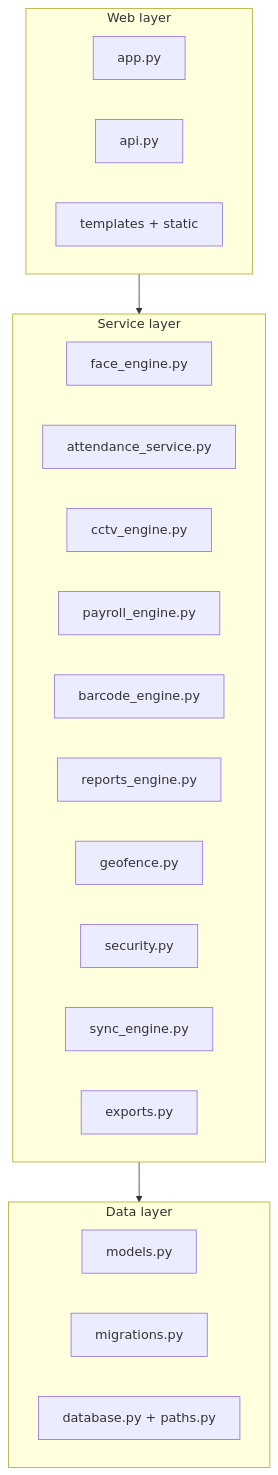
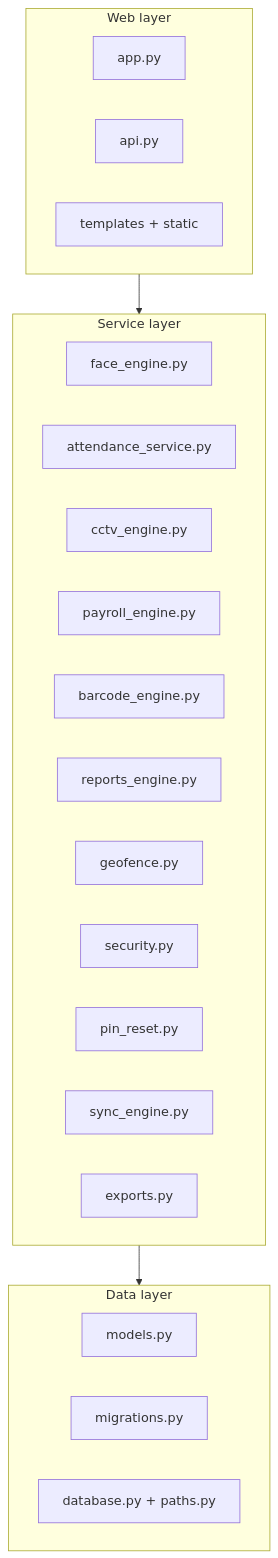
Before and after one commit to TBS5596/Farm-Worker-Management-System: the diagram in wiki/modules/README.md, drawn with Mermaid. The commit also changed other lines of this file and 19 other files, not shown here.

````diff
--- a/wiki/modules/README.md
+++ b/wiki/modules/README.md
@@ -13,26 +13,27 @@
 ```mermaid
 flowchart TB
     subgraph web["Web layer"]
         APP["app.py"]
         API["api.py"]
         FE_["templates + static"]
     end
     subgraph svc["Service layer"]
         FACE["face_engine.py"]
         ATT["attendance_service.py"]
         CCTV["cctv_engine.py"]
         PAY["payroll_engine.py"]
         CARD["barcode_engine.py"]
         REP["reports_engine.py"]
         GEO["geofence.py"]
         SEC["security.py"]
+        PIN["pin_reset.py"]
         SYNC["sync_engine.py"]
         EXP["exports.py"]
     end
     subgraph data["Data layer"]
         MOD["models.py"]
         MIG["migrations.py"]
         DBP["database.py + paths.py"]
     end
     web --> svc --> data
 ```
````
